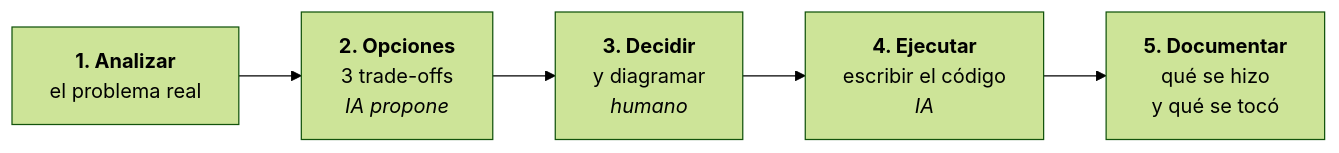
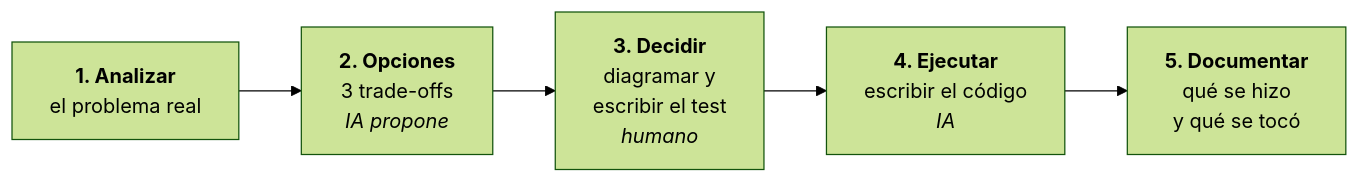
One commit to PsyBrainy/data changed the sixth of 6 diagrams in landing/blog/ia-copiloto.md. Above: the diagram before and after it, drawn with Mermaid (forest theme). The commit also changed other lines of this file, not shown here.

````diff
--- a/landing/blog/ia-copiloto.md
+++ b/landing/blog/ia-copiloto.md
@@ -156,7 +269,7 @@
 ```mermaid
 flowchart LR
     A["<b>1. Analizar</b><br/>el problema real"] --> B["<b>2. Opciones</b><br/>3 trade-offs<br/><i>IA propone</i>"]
-    B --> C["<b>3. Decidir</b><br/>y diagramar<br/><i>humano</i>"]
+    B --> C["<b>3. Decidir</b><br/>diagramar y<br/>escribir el test<br/><i>humano</i>"]
     C --> D["<b>4. Ejecutar</b><br/>escribir el código<br/><i>IA</i>"]
     D --> E["<b>5. Documentar</b><br/>qué se hizo<br/>y qué se tocó"]
 ```
````
